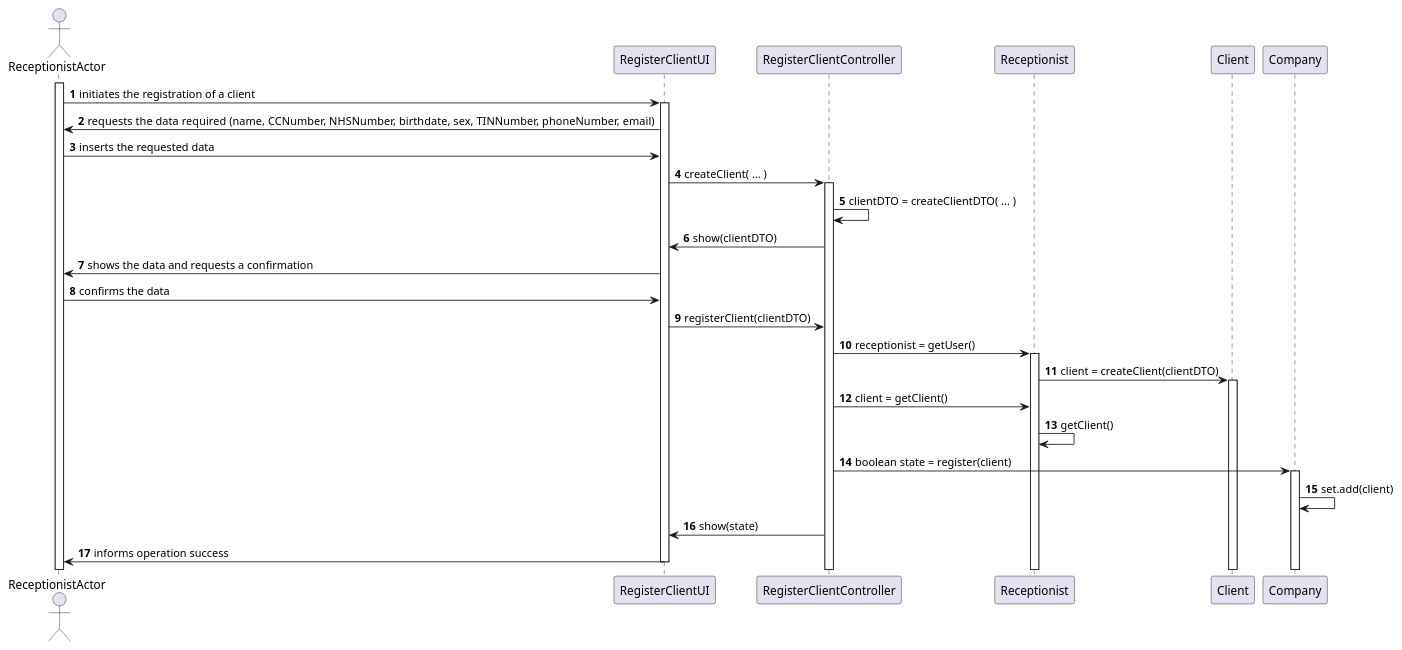
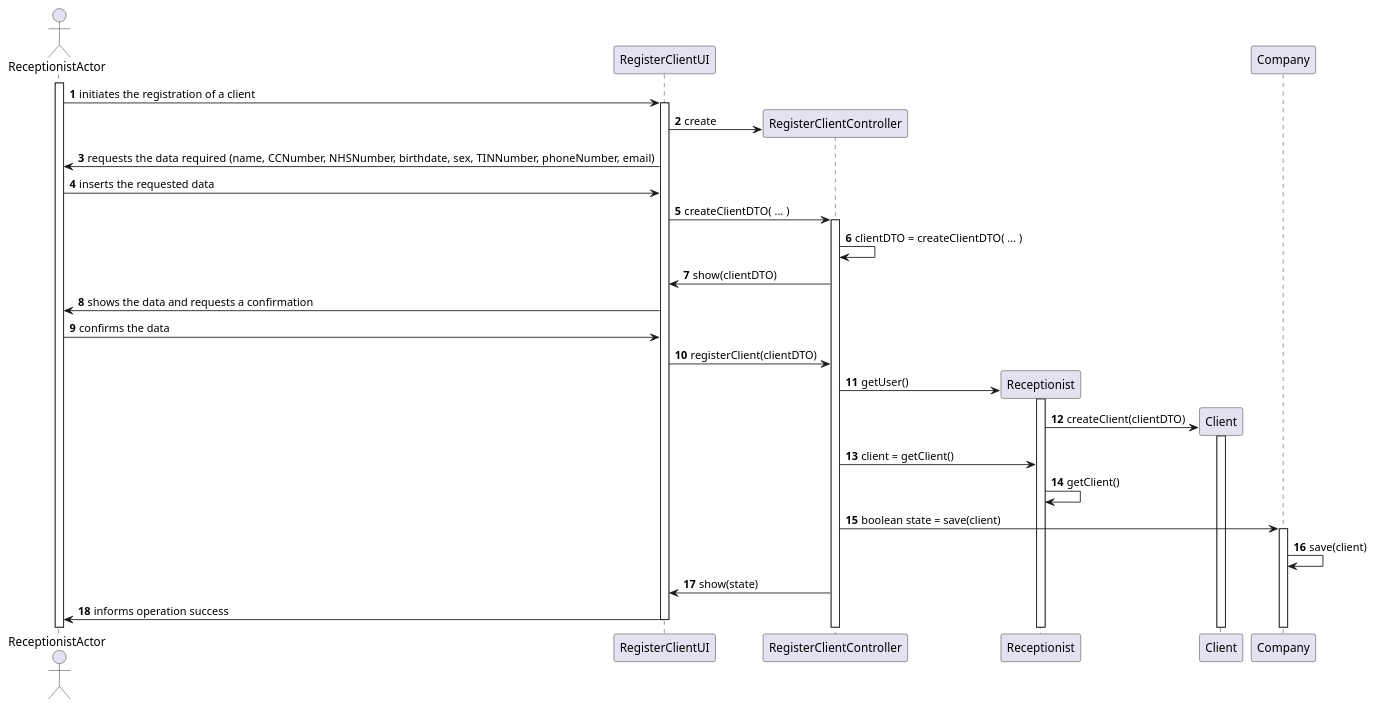
Before and after one commit to jsmarques98/LAPR2-ISEP: the diagram in docs/SprintB/US3/US3-SD.puml, drawn with PlantUML. The commit also changed 3 other files, not shown here.

Commit message:
US3 - Design - system diagram changes and class diagram

```diff
--- a/docs/SprintB/US3/US3-SD.puml
+++ b/docs/SprintB/US3/US3-SD.puml
@@ -1,41 +1,41 @@
 @startuml
 autonumber
 
 actor "ReceptionistActor" as RCP
 participant "RegisterClientUI" as ui
 participant "RegisterClientController" as controller
 participant "Receptionist" as receptionist
 participant "Client" as client
 activate RCP
 
 
 RCP -> ui : initiates the registration of a client
 activate ui
-
+ui -> controller ** : create
 ui -> RCP : requests the data required (name, CCNumber, NHSNumber, birthdate, sex, TINNumber, phoneNumber, email)
 
 RCP -> ui : inserts the requested data
-ui -> controller : createClient( ... )
+ui -> controller : createClientDTO( ... )
 activate controller
 controller -> controller : clientDTO = createClientDTO( ... )
 
 controller -> ui : show(clientDTO)
 ui -> RCP : shows the data and requests a confirmation
 RCP -> ui : confirms the data
 ui -> controller : registerClient(clientDTO)
 ' class receptionist is the Creator that instanciates the client
-controller -> receptionist :receptionist = getUser()
+controller -> receptionist ** : getUser()
 activate receptionist
-receptionist -> client : client = createClient(clientDTO)
+receptionist -> client ** : createClient(clientDTO)
 activate client
 controller -> receptionist : client = getClient()
 receptionist -> receptionist : getClient()
-controller -> Company : boolean state = register(client)
+controller -> Company : boolean state = save(client)
 activate Company
-Company -> Company : set.add(client)
+Company -> Company : save(client)
 ui <- controller : show(state)
 ui -> RCP : informs operation success
 
 deactivate ui
 
 @enduml
```
